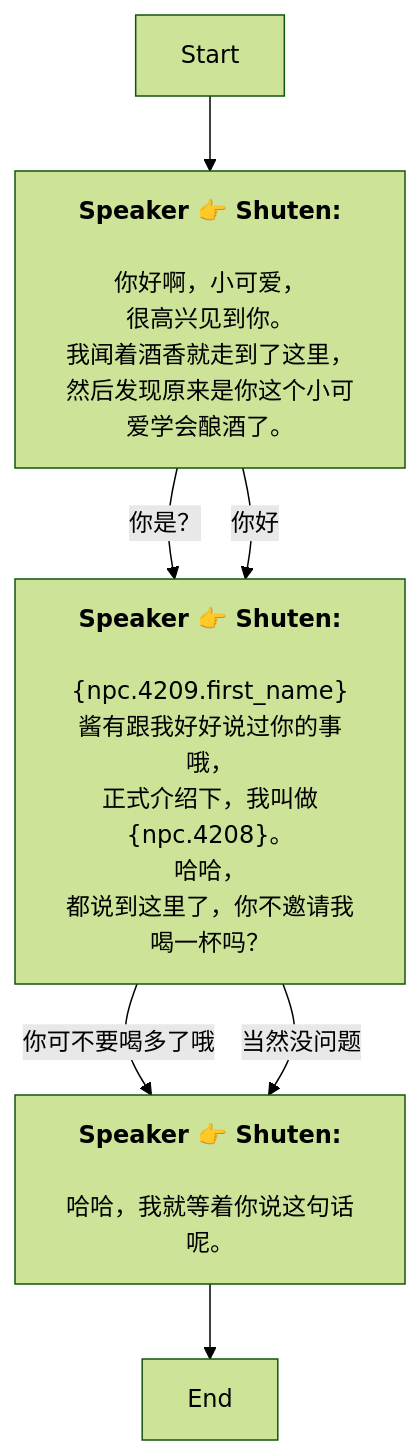
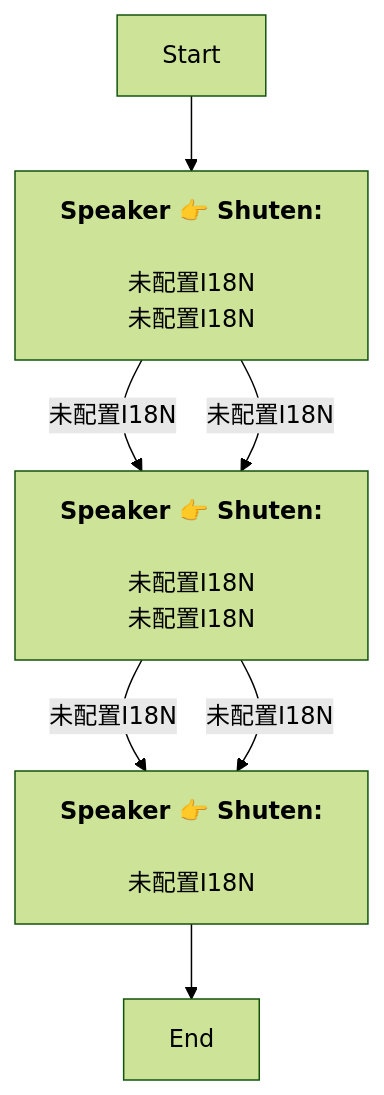
The diagram in Zh/QuestStartTalkENode_1754563439787790.md (SoftHu/tos_avg), drawn with Mermaid (forest theme) before and after one commit. The commit also changed 730 other files, not shown here.

````diff
--- a/Zh/QuestStartTalkENode_1754563439787790.md
+++ b/Zh/QuestStartTalkENode_1754563439787790.md
@@ -1,21 +1,15 @@
 ```mermaid
 graph
 Start -->1754563588606737[<b>Speaker 👉 Shuten:</b>
-\n你好啊，小可爱，
-很高兴见到你。\n我闻着酒香就走到了这里，
-然后发现原来是你这个小可爱学会酿酒了。]
-1754563588606737 -->|你是？|1754563748030231[<b>Speaker 👉 Shuten:</b>
-\n&lbrace;npc.4209.first_name&rbrace;酱有跟我好好说过你的事哦，
-正式介绍下，我叫做&lbrace;npc.4208&rbrace;。\n哈哈，
-都说到这里了，你不邀请我喝一杯吗？]
-1754563588606737 -->|你好|1754563748030231[<b>Speaker 👉 Shuten:</b>
-\n&lbrace;npc.4209.first_name&rbrace;酱有跟我好好说过你的事哦，
-正式介绍下，我叫做&lbrace;npc.4208&rbrace;。\n哈哈，
-都说到这里了，你不邀请我喝一杯吗？]
-1754563748030231 -->|你可不要喝多了哦|1754563823673117[<b>Speaker 👉 Shuten:</b>
-\n哈哈，我就等着你说这句话呢。]
-1754563748030231 -->|当然没问题|1754563823673117[<b>Speaker 👉 Shuten:</b>
-\n哈哈，我就等着你说这句话呢。]
+\n未配置I18N\n未配置I18N]
+1754563588606737 -->|未配置I18N|1754563748030231[<b>Speaker 👉 Shuten:</b>
+\n未配置I18N\n未配置I18N]
+1754563588606737 -->|未配置I18N|1754563748030231[<b>Speaker 👉 Shuten:</b>
+\n未配置I18N\n未配置I18N]
+1754563748030231 -->|未配置I18N|1754563823673117[<b>Speaker 👉 Shuten:</b>
+\n未配置I18N]
+1754563748030231 -->|未配置I18N|1754563823673117[<b>Speaker 👉 Shuten:</b>
+\n未配置I18N]
 1754563823673117 -->1754563839989534[End]
 
 ```
````
